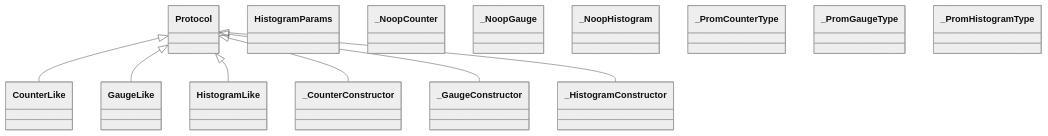
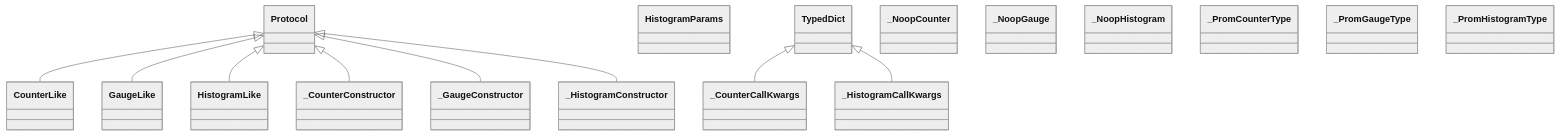
Before and after one commit to paul-heyse/kgforge: the first of 2 diagrams in docs/modules/kgfoundry_common/prometheus.md, drawn with Mermaid (neutral theme). The commit also changed other lines of this file and 45 other files, not shown here.

````diff
--- a/docs/modules/kgfoundry_common/prometheus.md
+++ b/docs/modules/kgfoundry_common/prometheus.md
@@ -132,23 +144,28 @@
 ```mermaid
 classDiagram
     class CounterLike
     class Protocol
     Protocol <|-- CounterLike
     class GaugeLike
     Protocol <|-- GaugeLike
     class HistogramLike
     Protocol <|-- HistogramLike
     class HistogramParams
+    class _CounterCallKwargs
+    class TypedDict
+    TypedDict <|-- _CounterCallKwargs
     class _CounterConstructor
     Protocol <|-- _CounterConstructor
     class _GaugeConstructor
     Protocol <|-- _GaugeConstructor
+    class _HistogramCallKwargs
+    TypedDict <|-- _HistogramCallKwargs
     class _HistogramConstructor
     Protocol <|-- _HistogramConstructor
     class _NoopCounter
     class _NoopGauge
     class _NoopHistogram
     class _PromCounterType
     class _PromGaugeType
     class _PromHistogramType
 ```
````
